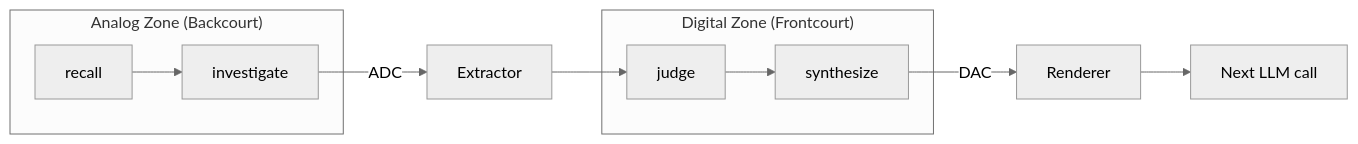
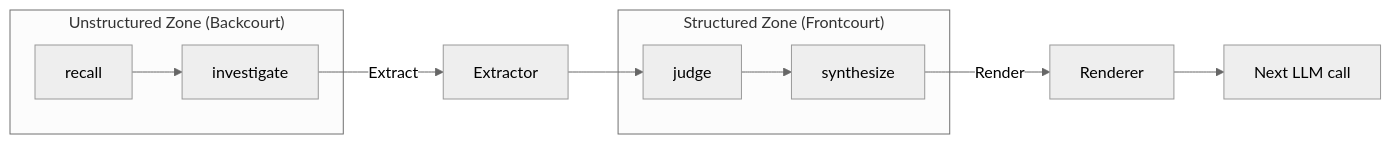
Diagram 11 of 14 in .cursor/docs/case-studies/electronic-circuit-theory.md (dpopsuev/origami), drawn with Mermaid (neutral theme) before and after one commit. The commit also changed other lines of this file and 24 other files, not shown here.

````diff
--- a/.cursor/docs/case-studies/electronic-circuit-theory.md
+++ b/.cursor/docs/case-studies/electronic-circuit-theory.md
@@ -352,16 +352,16 @@
 ```mermaid
 flowchart LR
-    subgraph analogZone ["Analog Zone (Backcourt)"]
+    subgraph unstructuredZone ["Unstructured Zone (Backcourt)"]
         recall["recall"] --> investigate["investigate"]
     end
 
-    investigate -->|"ADC"| ext["Extractor"]
+    investigate -->|"Extract"| ext["Extractor"]
     ext --> judge
 
-    subgraph digitalZone ["Digital Zone (Frontcourt)"]
+    subgraph structuredZone ["Structured Zone (Frontcourt)"]
         judge["judge"] --> synthesize["synthesize"]
     end
 
-    synthesize -->|"DAC"| rend["Renderer"]
+    synthesize -->|"Render"| rend["Renderer"]
     rend --> nextLLM["Next LLM call"]
 ```
````
